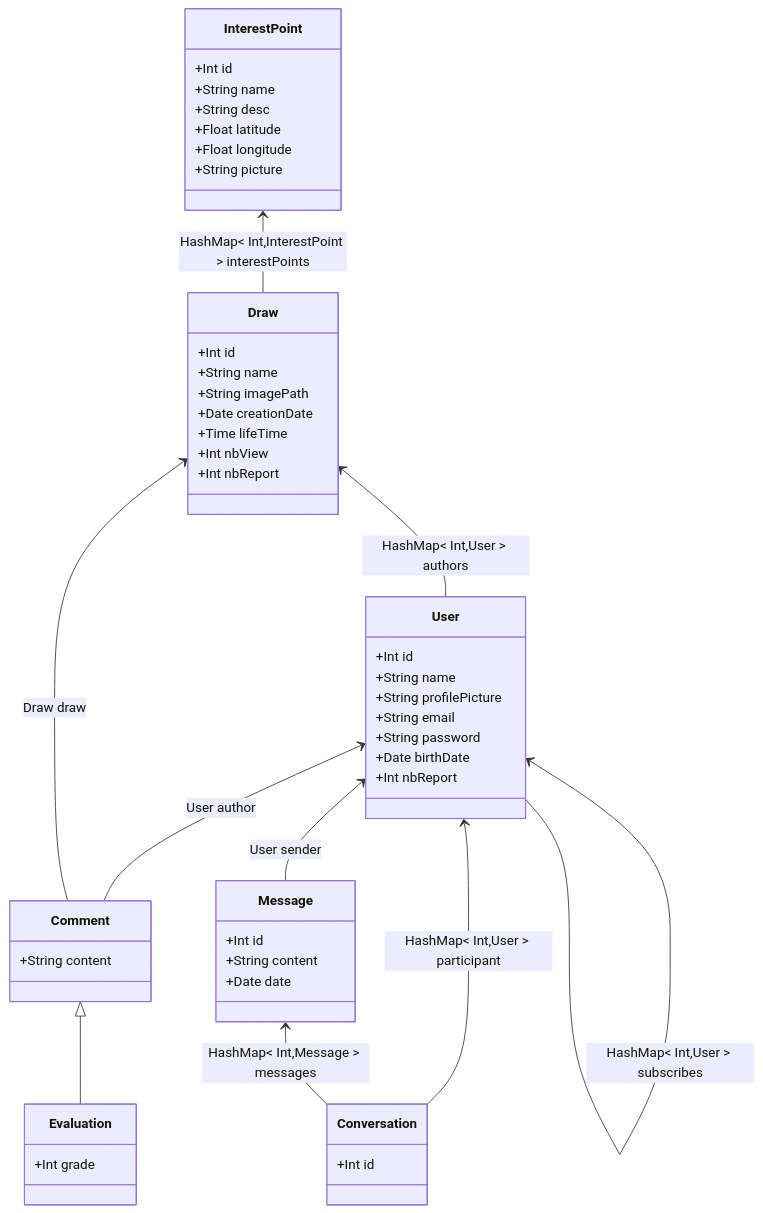
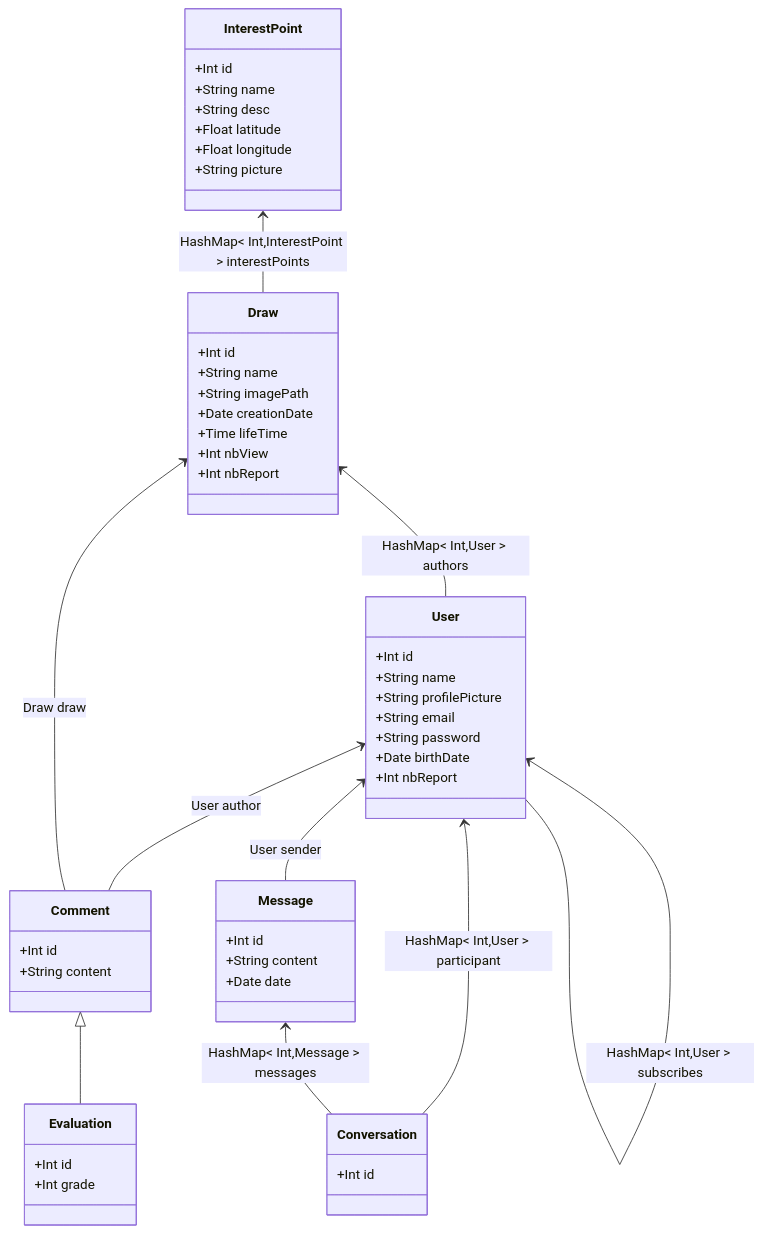
Before and after one commit to axdelafuen/ar-tistic: the diagram in Documents-Code/Diagrammes/classDiagram.md, drawn with Mermaid.

````diff
--- a/Documents-Code/Diagrammes/classDiagram.md
+++ b/Documents-Code/Diagrammes/classDiagram.md
@@ -4,60 +4,62 @@
 ```mermaid
 classDiagram
 
 class User{
         +Int id
         +String name
         +String profilePicture
         +String email
         +String password
         +Date birthDate
         +Int nbReport
     }
 
 class InterestPoint{
         +Int id
         +String name
         +String desc
         +Float latitude
         +Float longitude
         +String picture
 }
 
 class Draw{
         +Int id
         +String name
         +String imagePath
         +Date creationDate
         +Time lifeTime
         +Int nbView
         +Int nbReport
 }
 
 class Comment{
+        +Int id
         +String content
 }
 
 class Evaluation{
+        +Int id
         +Int grade
 }
 
 Comment <|-- Evaluation
 User <-- Comment : User author
 Draw <-- Comment : Draw draw
 User <-- User : HashMap< Int,User > subscribes
 Draw <-- User : HashMap< Int,User > authors
 InterestPoint <-- Draw : HashMap< Int,InterestPoint > interestPoints
 
 class Conversation{
         +Int id
 }
 
 class Message{
         +Int id
         +String content
         +Date date
 }
 User <-- Conversation : HashMap< Int,User > participant
 Message <-- Conversation : HashMap< Int,Message > messages
 User <-- Message : User sender
 ```
````
